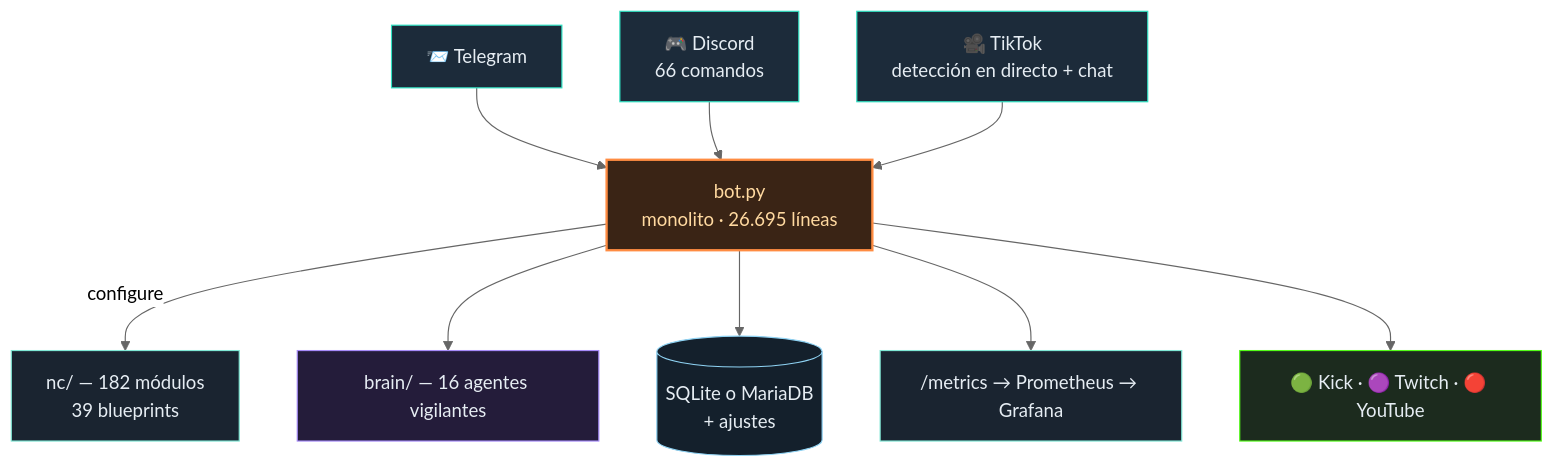
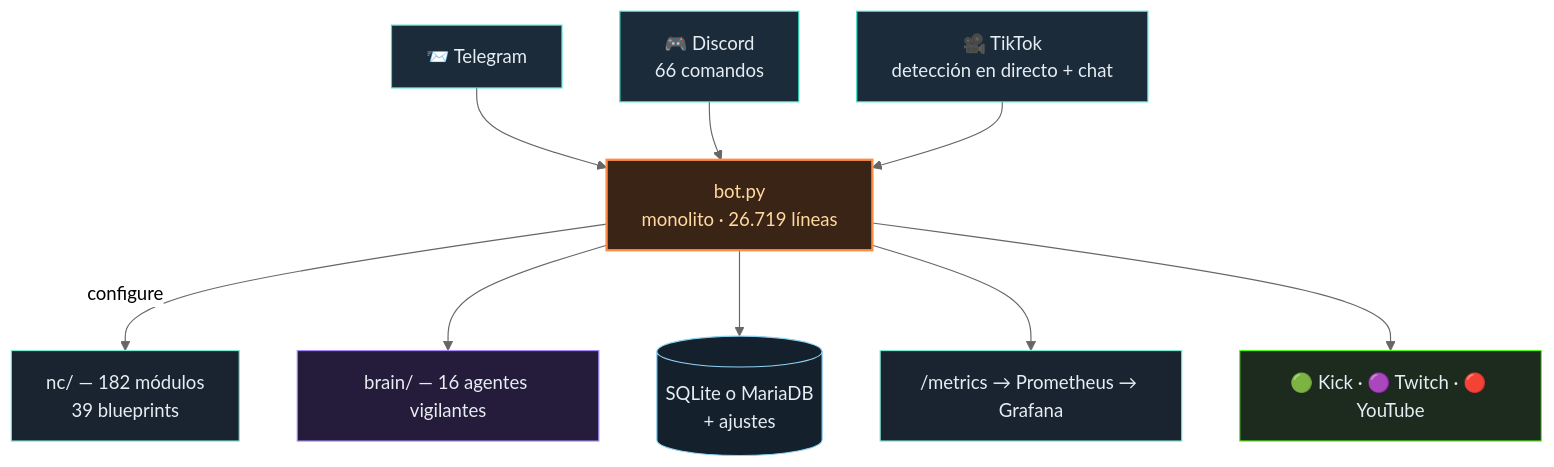
The diagram in README.es.md (itsamemedev/Telegram-Stream-Info-Bot), drawn with Mermaid (neutral theme) before and after one commit. The commit also changed 7 other files, not shown here.

````diff
--- a/README.es.md
+++ b/README.es.md
@@ -64,18 +64,18 @@
 ```mermaid
 flowchart TB
     TG["📨 Telegram"]:::ein --> BOT
     DC["🎮 Discord<br/>66 comandos"]:::ein --> BOT
     TT["🎥 TikTok<br/>detección en directo + chat"]:::ein --> BOT
-    BOT["bot.py<br/>monolito · 26.695 líneas"]:::core
+    BOT["bot.py<br/>monolito · 26.719 líneas"]:::core
     BOT -->|configure| NC["nc/ — 182 módulos<br/>39 blueprints"]:::lib
     BOT --> BRAIN["brain/ — 16 agentes vigilantes"]:::brain
     BOT --> DB[("SQLite o MariaDB<br/>+ ajustes")]:::db
     BOT --> PROM["/metrics → Prometheus → Grafana"]:::lib
     BOT --> OUT["🟢 Kick · 🟣 Twitch · 🔴 YouTube"]:::out
     classDef ein fill:#1c2b3a,stroke:#2de1c2,color:#e6edf3
     classDef core fill:#3a2415,stroke:#ff8c42,stroke-width:2px,color:#ffd9a0
     classDef lib fill:#1a2430,stroke:#7fe7d4,color:#e6edf3
     classDef brain fill:#241c3a,stroke:#a78bfa,color:#e6edf3
     classDef db fill:#14202c,stroke:#8fd3f4,color:#e6edf3
     classDef out fill:#1c2b1e,stroke:#53fc18,color:#e6edf3
 ```
````
